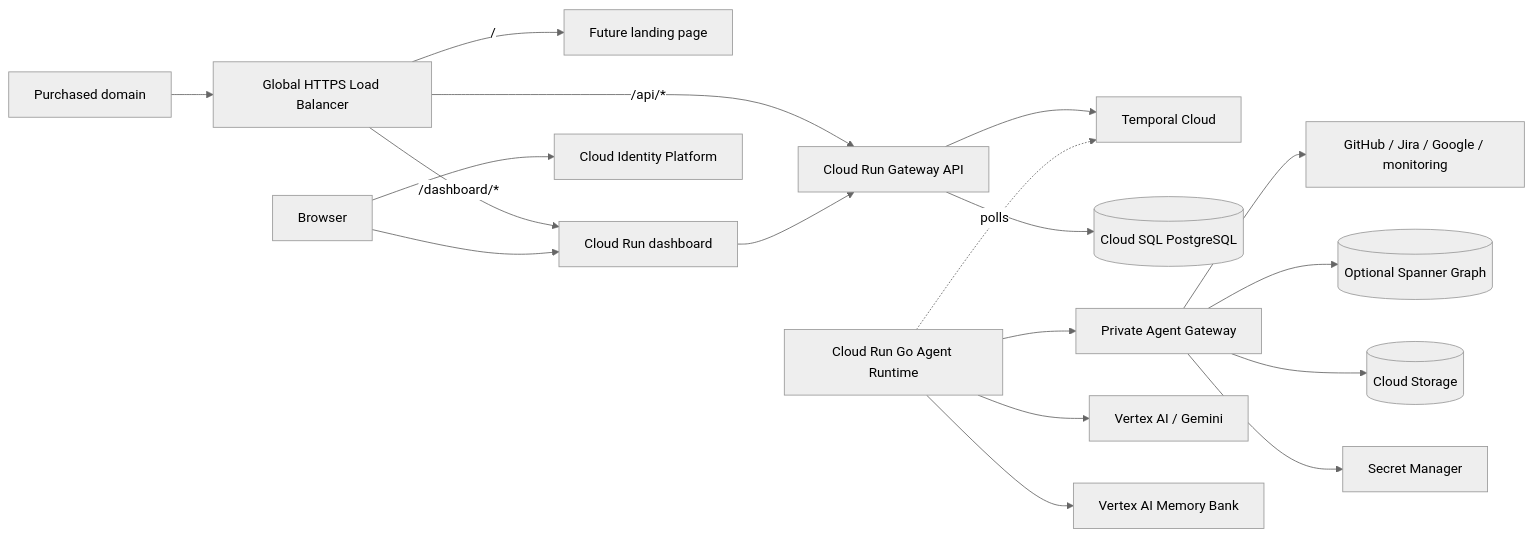
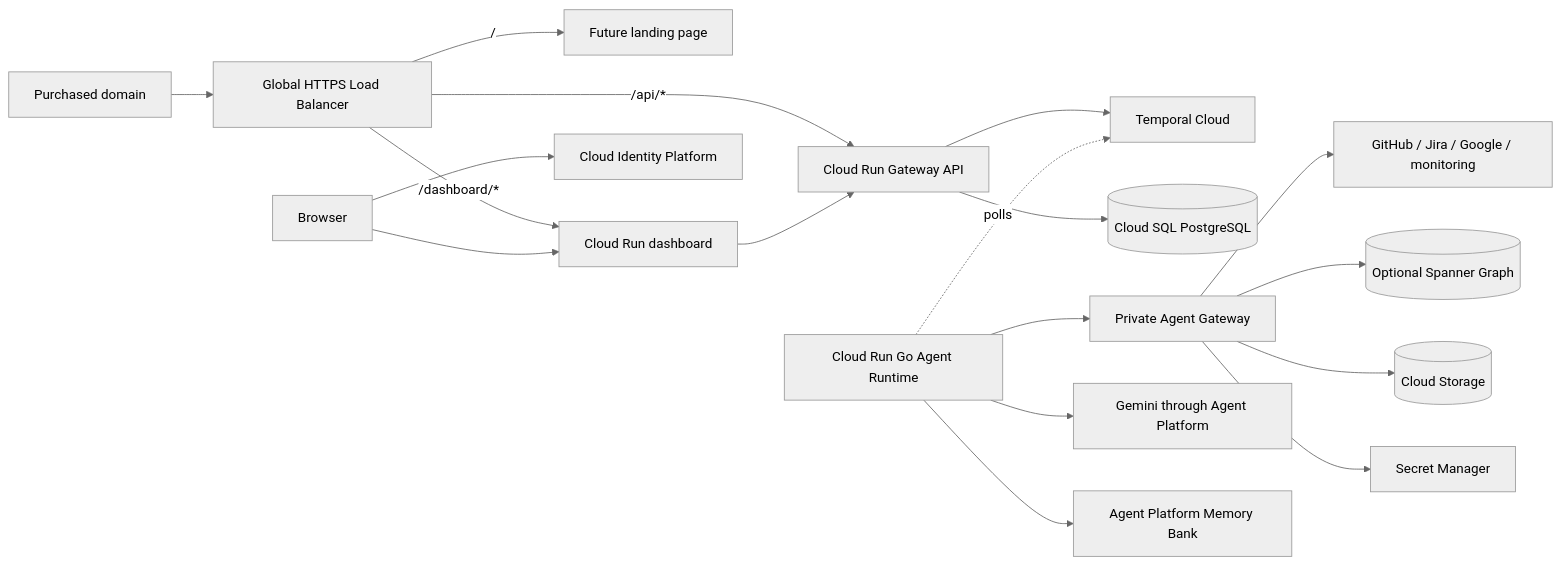
Before and after one commit to andriishupta/encois: the diagram in docs/infra.md, drawn with Mermaid (neutral theme). The commit also changed other lines of this file and 48 other files, not shown here.

````diff
--- a/docs/infra.md
+++ b/docs/infra.md
@@ -40,22 +40,22 @@
 ```mermaid
 flowchart LR
     DNS[Purchased domain] --> LB[Global HTTPS Load Balancer]
     LB -->|/| Web[Future landing page]
     LB -->|/dashboard/*| Dashboard[Cloud Run dashboard]
     LB -->|/api/*| API[Cloud Run Gateway API]
 
     User[Browser] --> Identity[Cloud Identity Platform]
     User --> Dashboard
     Dashboard --> API
 
     API --> Temporal[Temporal Cloud]
     API --> SQL[(Cloud SQL PostgreSQL)]
     Runtime[Cloud Run Go Agent Runtime] -. polls .-> Temporal
     Runtime --> Gateway[Private Agent Gateway]
     Gateway --> Providers[GitHub / Jira / Google / monitoring]
-    Runtime --> Gemini[Vertex AI / Gemini]
-    Runtime --> Memory[Vertex AI Memory Bank]
+    Runtime --> Gemini[Gemini through Agent Platform]
+    Runtime --> Memory[Agent Platform Memory Bank]
     Gateway --> Graph[(Optional Spanner Graph)]
     Gateway --> Objects[(Cloud Storage)]
     Gateway --> Secrets[Secret Manager]
 ```
````
